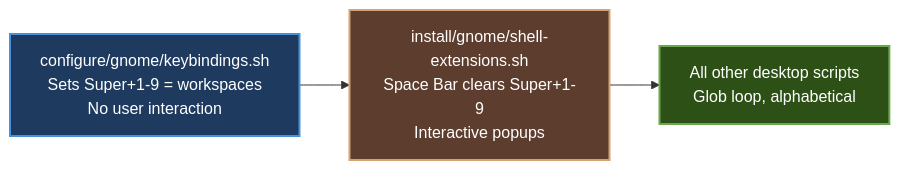
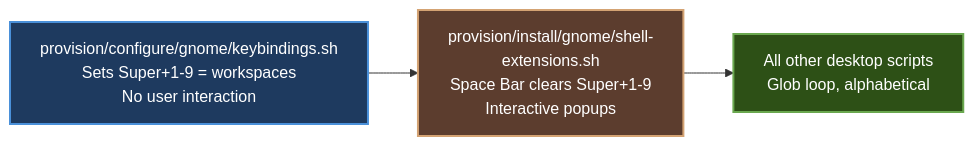
One commit to itsnin/justbuntu changed the second of 2 diagrams in CONTRIBUTING.md. Above: the diagram before and after it, drawn with Mermaid. The commit also changed other lines of this file and 52 other files, not shown here.

Commit message:
Restructure: nest install/ and configure/ under provision/ to mirror revert/ symmetry

````diff
--- a/CONTRIBUTING.md
+++ b/CONTRIBUTING.md
@@ -110,10 +110,10 @@
 ```mermaid
 flowchart LR
     %% Color definitions
     classDef step1 fill:#1e3a5f,stroke:#4a90d9,stroke-width:2px,color:#ffffff
     classDef step2 fill:#5c3d2e,stroke:#d4a373,stroke-width:2px,color:#ffffff
     classDef step3 fill:#2d5016,stroke:#6aa84f,stroke-width:2px,color:#ffffff
 
-    A[configure/gnome/keybindings.sh<br/>Sets Super+1-9 = workspaces<br/>No user interaction]:::step1 --> B[install/gnome/shell-extensions.sh<br/>Space Bar clears Super+1-9<br/>Interactive popups]:::step2
+    A[provision/configure/gnome/keybindings.sh<br/>Sets Super+1-9 = workspaces<br/>No user interaction]:::step1 --> B[provision/install/gnome/shell-extensions.sh<br/>Space Bar clears Super+1-9<br/>Interactive popups]:::step2
     B --> C[All other desktop scripts<br/>Glob loop, alphabetical]:::step3
 ```
````
